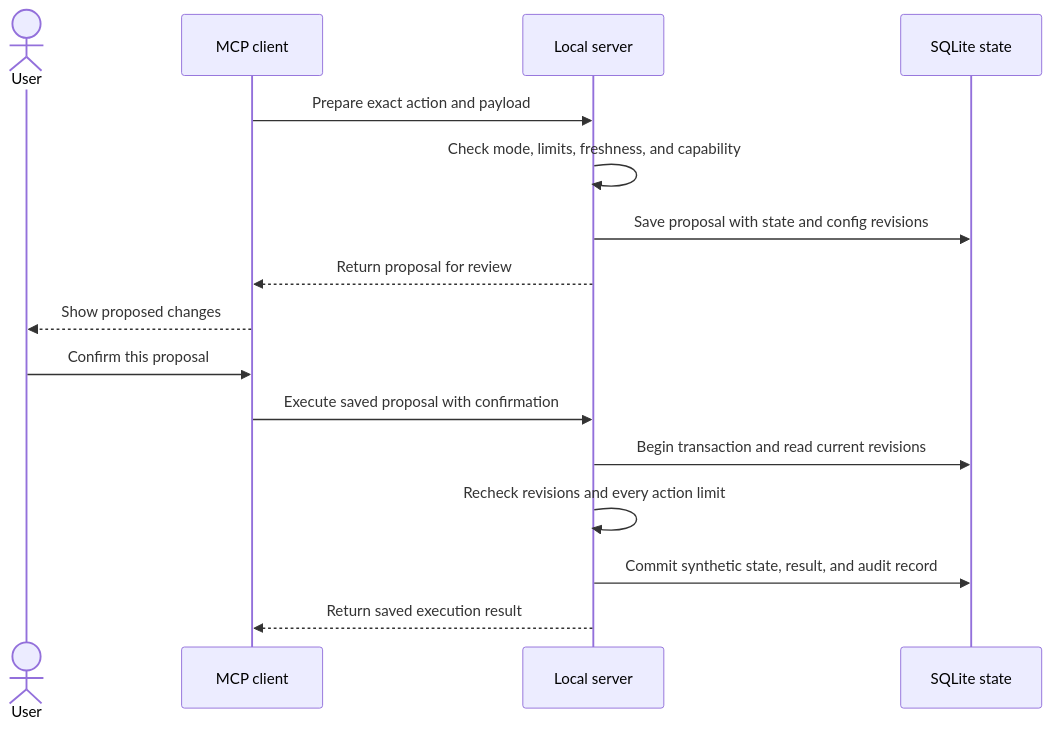
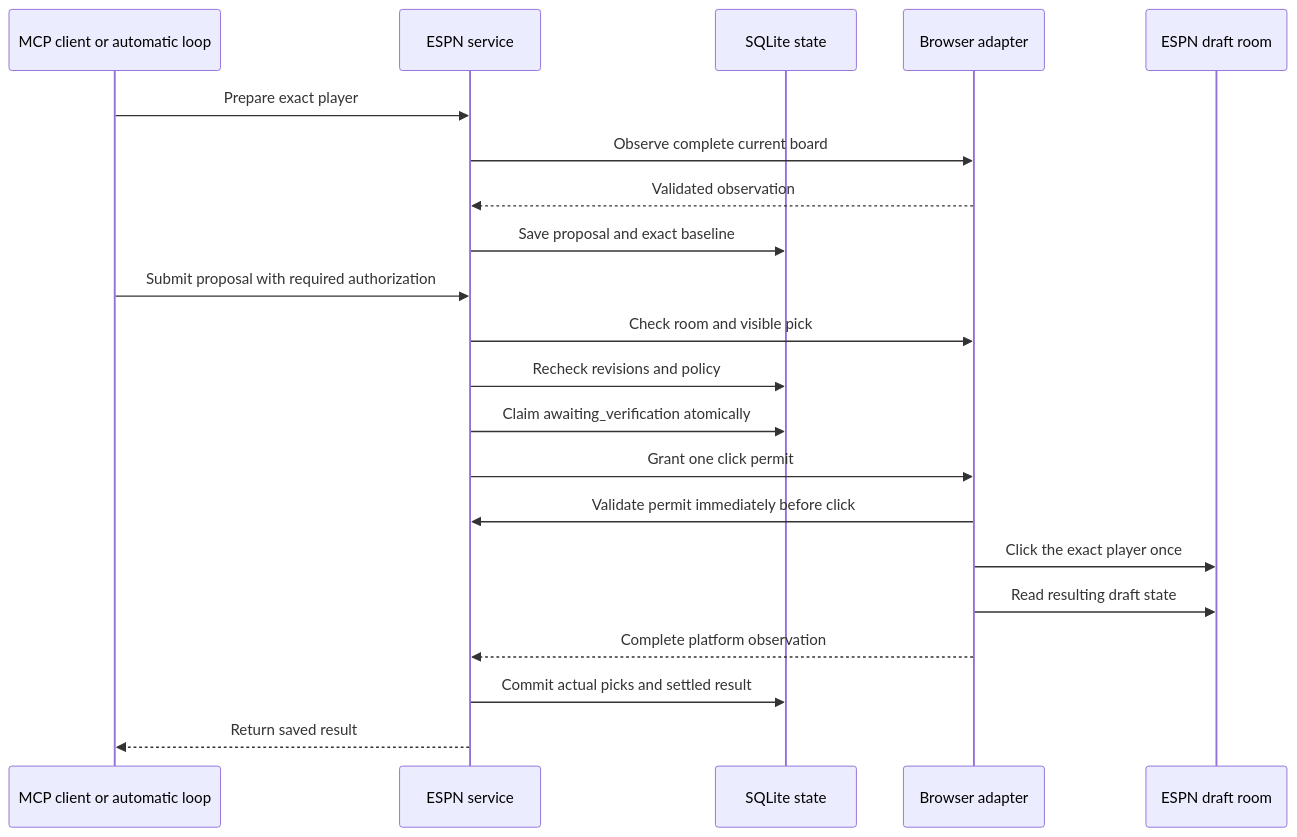
One commit to krmisystems/fantasy-football-manager changed the second of 2 diagrams in docs/ARCHITECTURE.md. Above: the diagram before and after it, drawn with Mermaid. The commit also changed other lines of this file and 48 other files, not shown here.

Commit message:
Add ESPN MCP draft and lineup automation with persistent verification

````diff
--- a/docs/ARCHITECTURE.md
+++ b/docs/ARCHITECTURE.md
@@ -48,18 +52,23 @@
 ```mermaid
 sequenceDiagram
-    actor User
-    participant Client as MCP client
-    participant Server as Local server
+    participant Client as MCP client or automatic loop
+    participant Service as ESPN service
     participant Store as SQLite state
-    Client->>Server: Prepare exact action and payload
-    Server->>Server: Check mode, limits, freshness, and capability
-    Server->>Store: Save proposal with state and config revisions
-    Server-->>Client: Return proposal for review
-    Client-->>User: Show proposed changes
-    User->>Client: Confirm this proposal
-    Client->>Server: Execute saved proposal with confirmation
-    Server->>Store: Begin transaction and read current revisions
-    Server->>Server: Recheck revisions and every action limit
-    Server->>Store: Commit synthetic state, result, and audit record
-    Server-->>Client: Return saved execution result
+    participant Browser as Browser adapter
+    participant ESPN as ESPN draft room
+    Client->>Service: Prepare exact player
+    Service->>Browser: Observe complete current board
+    Browser-->>Service: Validated observation
+    Service->>Store: Save proposal and exact baseline
+    Client->>Service: Submit proposal with required authorization
+    Service->>Browser: Check room and visible pick
+    Service->>Store: Recheck revisions and policy
+    Service->>Store: Claim awaiting_verification atomically
+    Service->>Browser: Grant one click permit
+    Browser->>Service: Validate permit immediately before click
+    Browser->>ESPN: Click the exact player once
+    Browser->>ESPN: Read resulting draft state
+    Browser-->>Service: Complete platform observation
+    Service->>Store: Commit actual picks and settled result
+    Service-->>Client: Return saved result
 ```
````
